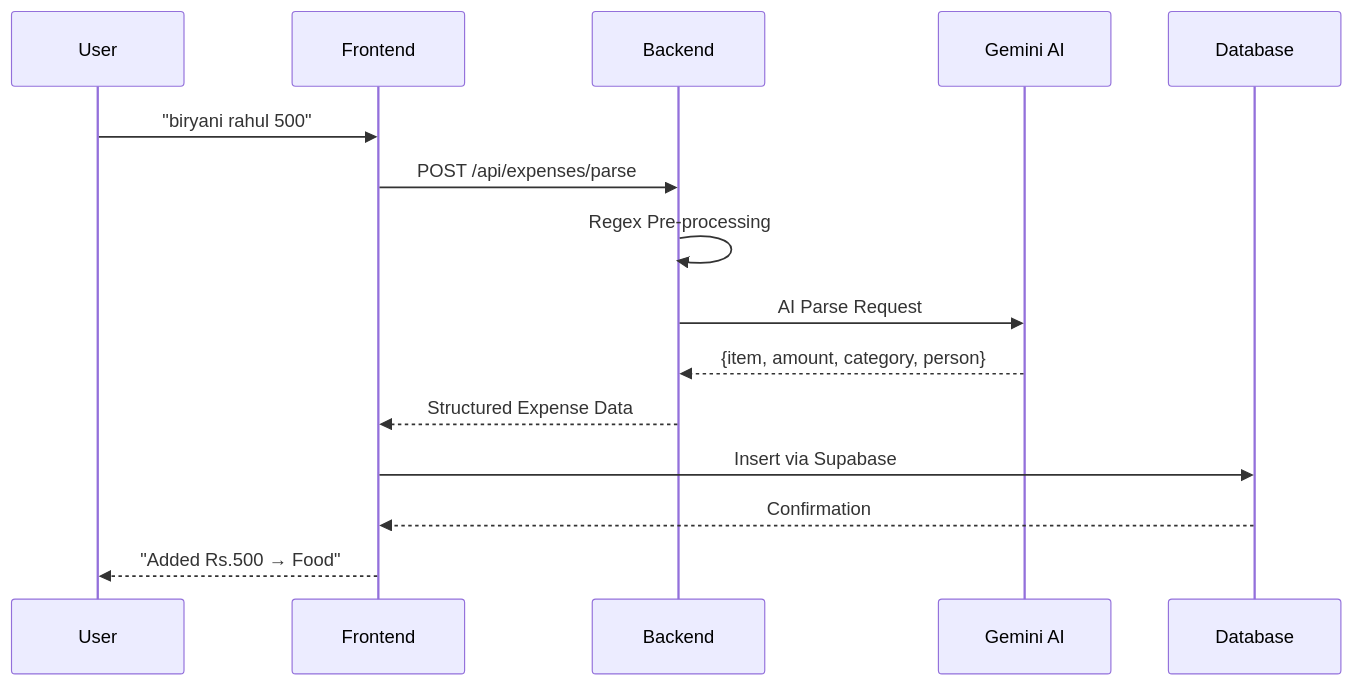
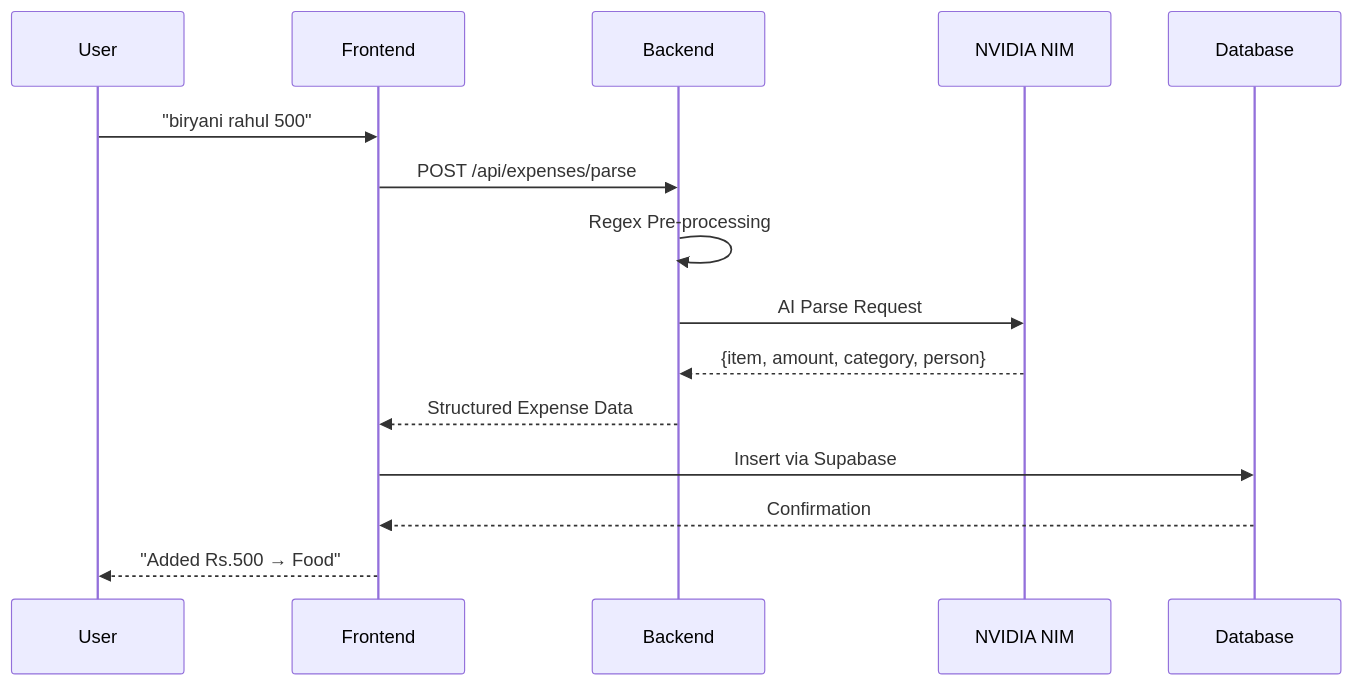
One commit to Gauravkrsah/pfm-deployment changed the second of 7 diagrams in doc.md. Above: the diagram before and after it, drawn with Mermaid. The commit also changed other lines of this file and 111 other files, not shown here.

````diff
--- a/doc.md
+++ b/doc.md
@@ -84,18 +84,18 @@
 ```mermaid
 sequenceDiagram
     participant U as User
     participant F as Frontend
     participant B as Backend
-    participant G as Gemini AI
+    participant G as NVIDIA NIM
     participant D as Database
 
     U->>F: "biryani rahul 500"
     F->>B: POST /api/expenses/parse
     B->>B: Regex Pre-processing
     B->>G: AI Parse Request
     G-->>B: {item, amount, category, person}
     B-->>F: Structured Expense Data
     F->>D: Insert via Supabase
     D-->>F: Confirmation
     F-->>U: "Added Rs.500 → Food"
 ```
````
